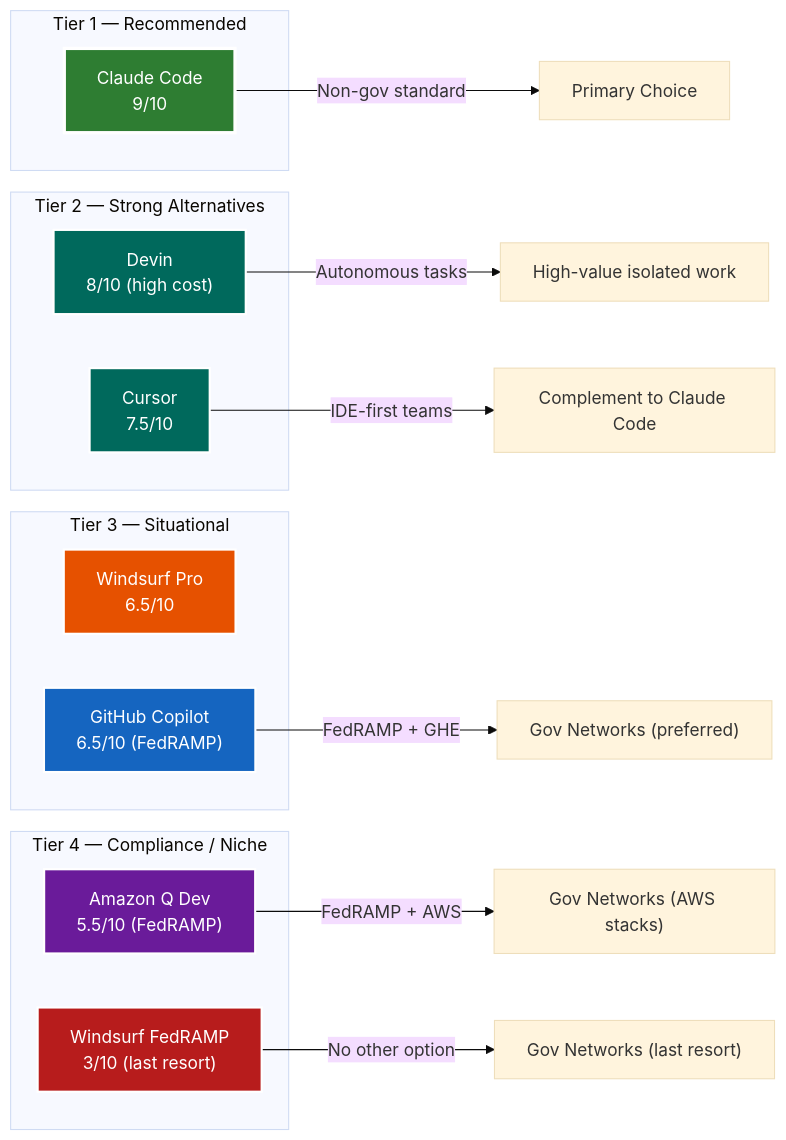
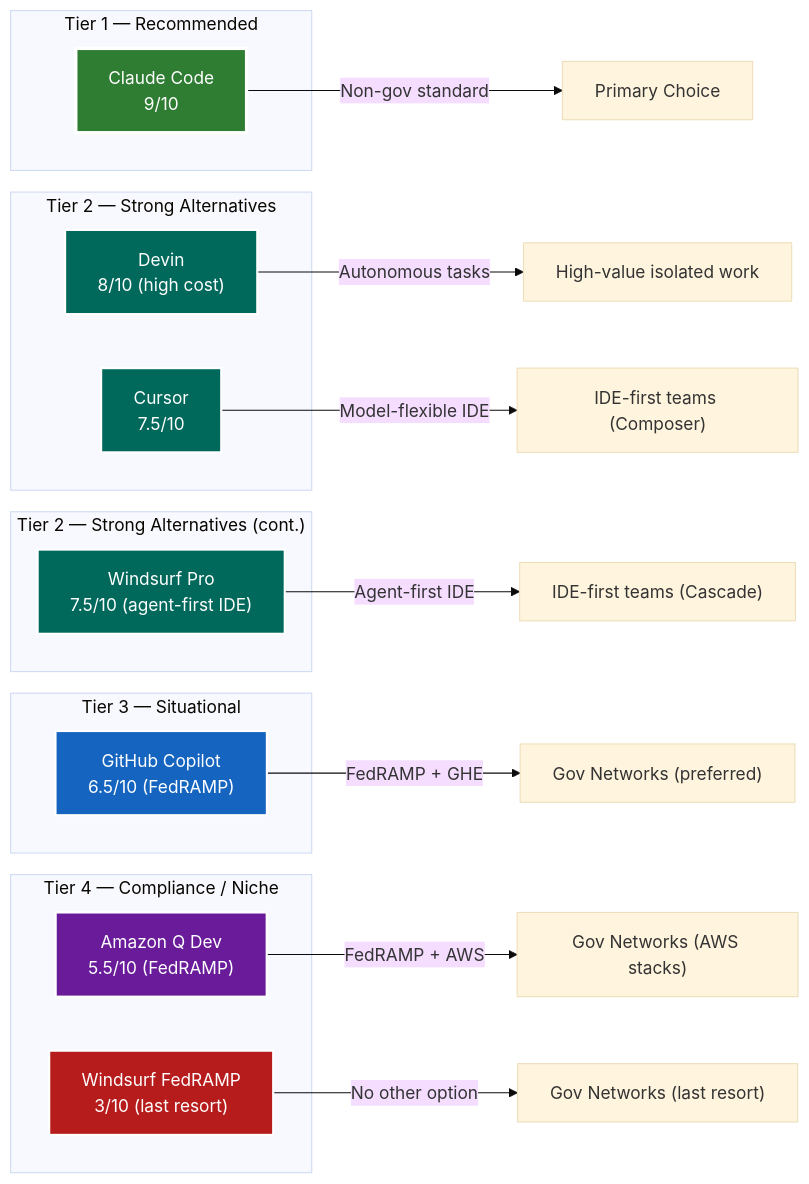
The eighth of 9 diagrams in 01_Projects/TEG-AoA-AI-Coding-Tools-v1.0.md (adourish/whitepapers), drawn with Mermaid (base theme) before and after one commit. The commit also changed other lines of this file, not shown here.

First line of the commit message:
Correct Windsurf Pro assessment — upgrade from Not Recommended to Tier 2

````diff
--- a/01_Projects/TEG-AoA-AI-Coding-Tools-v1.0.md
+++ b/01_Projects/TEG-AoA-AI-Coding-Tools-v1.0.md
@@ -506,36 +511,40 @@
 ```mermaid
 graph LR
     subgraph "Tier 1 — Recommended"
         CC["Claude Code\n9/10"]
     end
 
     subgraph "Tier 2 — Strong Alternatives"
         DV["Devin\n8/10 (high cost)"]
         CU["Cursor\n7.5/10"]
     end
 
+    subgraph "Tier 2 — Strong Alternatives (cont.)"
+        WP["Windsurf Pro\n7.5/10 (agent-first IDE)"]
+    end
+
     subgraph "Tier 3 — Situational"
-        WP["Windsurf Pro\n6.5/10"]
         GC["GitHub Copilot\n6.5/10 (FedRAMP)"]
     end
 
     subgraph "Tier 4 — Compliance / Niche"
         AQ["Amazon Q Dev\n5.5/10 (FedRAMP)"]
         WF["Windsurf FedRAMP\n3/10 (last resort)"]
     end
 
     CC -->|"Non-gov standard"| T1["Primary Choice"]
     GC -->|"FedRAMP + GHE"| T2["Gov Networks (preferred)"]
     AQ -->|"FedRAMP + AWS"| T3["Gov Networks (AWS stacks)"]
     WF -->|"No other option"| T4["Gov Networks (last resort)"]
     DV -->|"Autonomous tasks"| T5["High-value isolated work"]
-    CU -->|"IDE-first teams"| T6["Complement to Claude Code"]
+    CU -->|"Model-flexible IDE"| T6["IDE-first teams (Composer)"]
+    WP -->|"Agent-first IDE"| T7["IDE-first teams (Cascade)"]
 
     style CC fill:#2e7d32,stroke:#ffffff,stroke-width:3px,color:#ffffff
     style DV fill:#00695c,stroke:#ffffff,stroke-width:2px,color:#ffffff
     style CU fill:#00695c,stroke:#ffffff,stroke-width:2px,color:#ffffff
-    style WP fill:#e65100,stroke:#ffffff,stroke-width:2px,color:#ffffff
+    style WP fill:#00695c,stroke:#ffffff,stroke-width:2px,color:#ffffff
     style GC fill:#1565c0,stroke:#ffffff,stroke-width:2px,color:#ffffff
     style AQ fill:#6a1b9a,stroke:#ffffff,stroke-width:2px,color:#ffffff
     style WF fill:#b71c1c,stroke:#ffffff,stroke-width:2px,color:#ffffff
 ```
````
